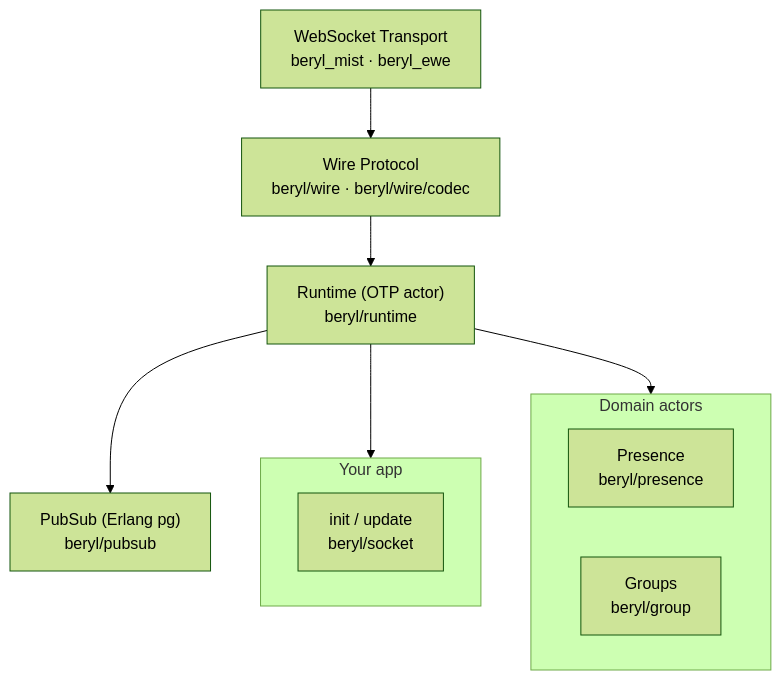
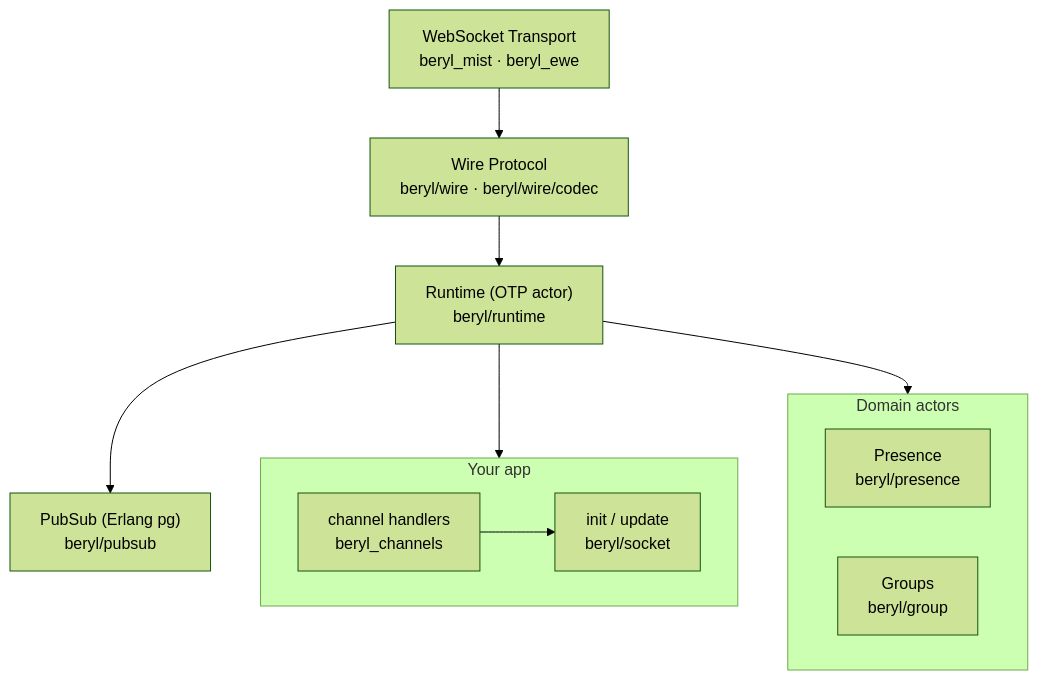
One commit to tylerbutler/beryl changed the first of 2 diagrams in website/src/content/docs/architecture/overview.md. Above: the diagram before and after it, drawn with Mermaid (forest theme). The commit also changed other lines of this file and 45 other files, not shown here.

````diff
--- a/website/src/content/docs/architecture/overview.md
+++ b/website/src/content/docs/architecture/overview.md
@@ -22,17 +25,19 @@
 ```mermaid
 flowchart TB
   T["WebSocket Transport<br/>beryl_mist · beryl_ewe"]
   W["Wire Protocol<br/>beryl/wire · beryl/wire/codec"]
   RT["Runtime (OTP actor)<br/>beryl/runtime"]
   subgraph App["Your app"]
+    C["channel handlers<br/>beryl_channels"]
     U["init / update<br/>beryl/socket"]
+    C --> U
   end
   subgraph Domain["Domain actors"]
     P["Presence<br/>beryl/presence"]
     G["Groups<br/>beryl/group"]
   end
   PS["PubSub (Erlang pg)<br/>beryl/pubsub"]
   T --> W --> RT --> App
   RT --> Domain
   RT --> PS
 ```
````
